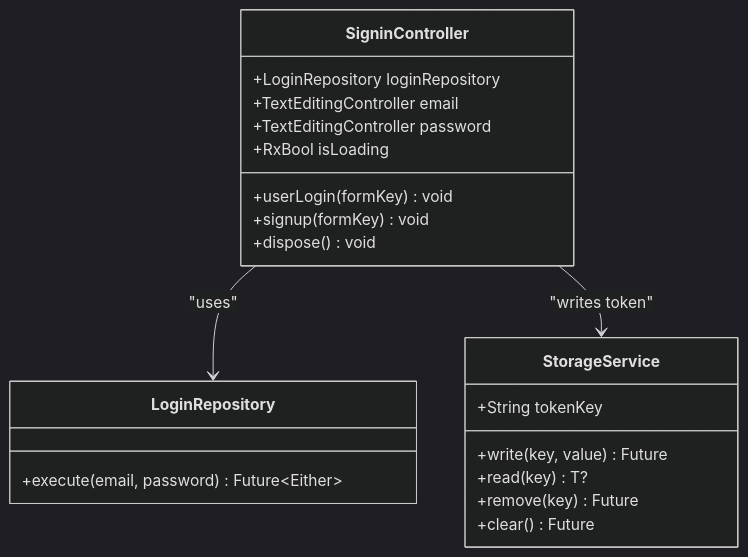
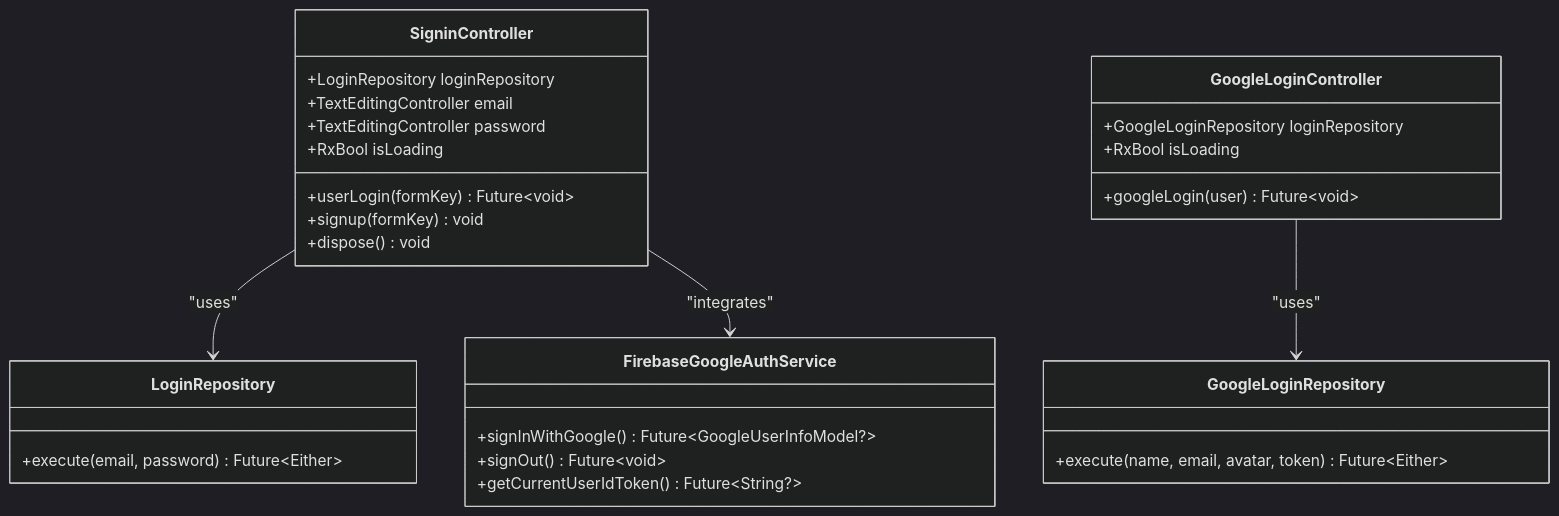
Before and after one commit to Ariful3111/FurniGo: the third of 4 diagrams in .qoder/repowiki/en/content/Core Features/Authentication System/Login System.md, drawn with Mermaid (dark theme). The commit also changed other lines of this file and 11 other files, not shown here.

````diff
--- a/.qoder/repowiki/en/content/Core Features/Authentication System/Login System.md
+++ b/.qoder/repowiki/en/content/Core Features/Authentication System/Login System.md
@@ -175,24 +240,31 @@
 ```mermaid
 classDiagram
 class SigninController {
 +LoginRepository loginRepository
 +TextEditingController email
 +TextEditingController password
 +RxBool isLoading
-+userLogin(formKey) void
++userLogin(formKey) Future~void~
 +signup(formKey) void
 +dispose() void
+}
+class GoogleLoginController {
++GoogleLoginRepository loginRepository
++RxBool isLoading
++googleLogin(user) Future~void~
 }
 class LoginRepository {
 +execute(email, password) Future~Either~
 }
-class StorageService {
-+String tokenKey
-+write(key, value) Future
-+read(key) T?
-+remove(key) Future
-+clear() Future
+class GoogleLoginRepository {
++execute(name, email, avatar, token) Future~Either~
+}
+class FirebaseGoogleAuthService {
++signInWithGoogle() Future~GoogleUserInfoModel?~
++signOut() Future~void~
++getCurrentUserIdToken() Future~String?~
 }
 SigninController --> LoginRepository : "uses"
-SigninController --> StorageService : "writes token"
+GoogleLoginController --> GoogleLoginRepository : "uses"
+SigninController --> FirebaseGoogleAuthService : "integrates"
 ```
````
